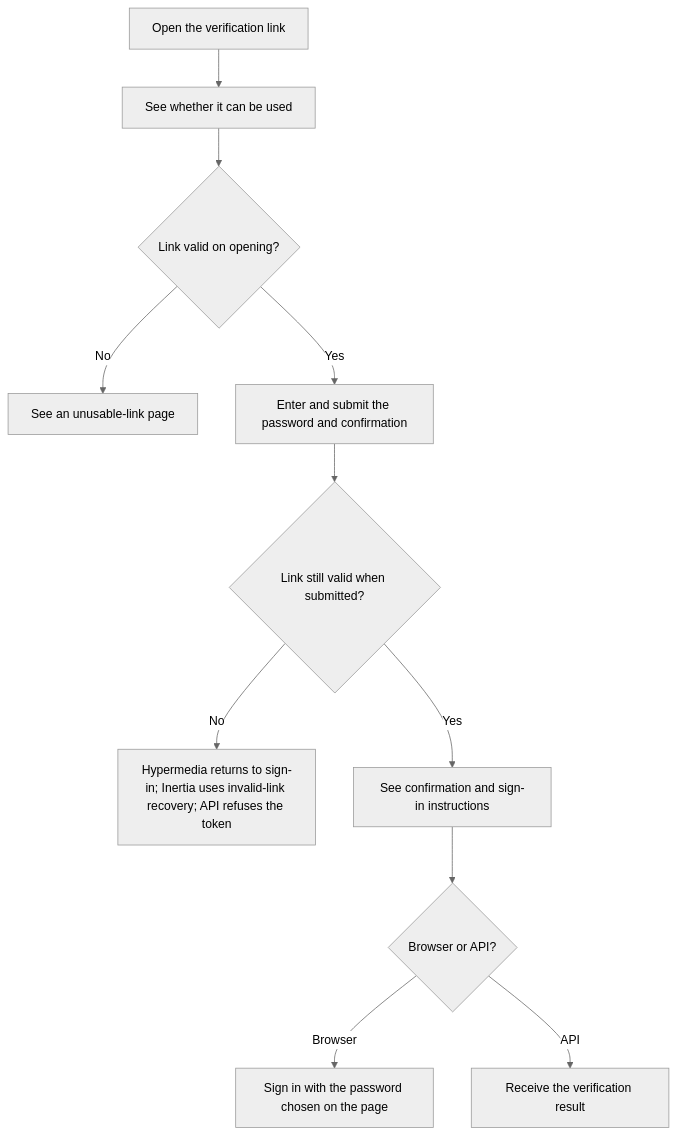
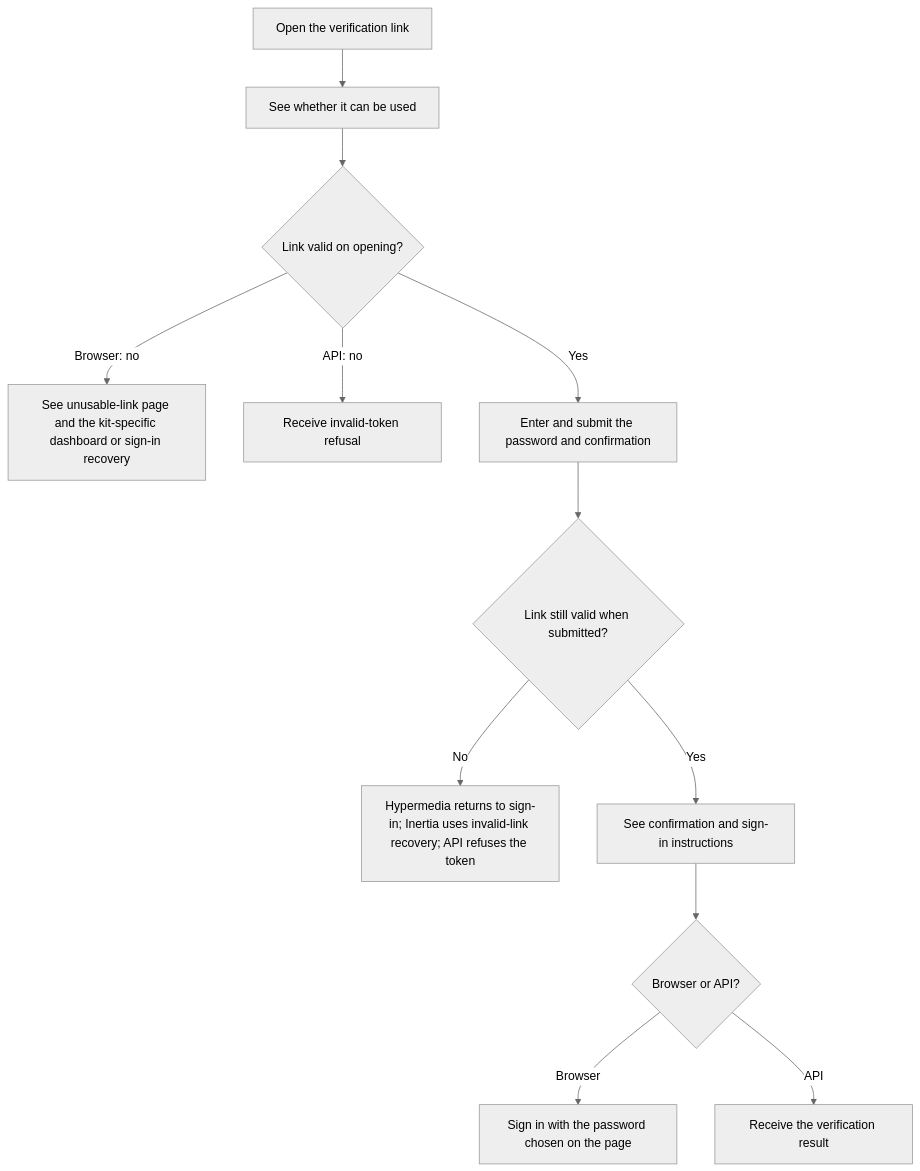
Before and after one commit to Kevinjohn/oss-adonisjs-starter-examples: the first of 2 diagrams in user-stories/accounts/us-account-11-complete-email-verification.md, drawn with Mermaid (neutral theme). The commit also changed other lines of this file and 22 other files, not shown here.

Commit message:
docs: reconcile browser recovery and protected journeys

````diff
--- a/user-stories/accounts/us-account-11-complete-email-verification.md
+++ b/user-stories/accounts/us-account-11-complete-email-verification.md
@@ -27,13 +30,14 @@
 ```mermaid
 flowchart TD
     A["Open the verification link"] --> B["See whether it can be used"]
     B --> C{"Link valid on opening?"}
-    C -->|No| D["See an unusable-link page"]
+    C -->|Browser: no| D["See unusable-link page and the kit-specific dashboard or sign-in recovery"]
+    C -->|API: no| L["Receive invalid-token refusal"]
     C -->|Yes| E["Enter and submit the password and confirmation"]
     E --> F{"Link still valid when submitted?"}
     F -->|No| G["Hypermedia returns to sign-in; Inertia uses invalid-link recovery; API refuses the token"]
     F -->|Yes| H["See confirmation and sign-in instructions"]
     H --> I{"Browser or API?"}
     I -->|Browser| J["Sign in with the password chosen on the page"]
     I -->|API| K["Receive the verification result"]
 ```
````
